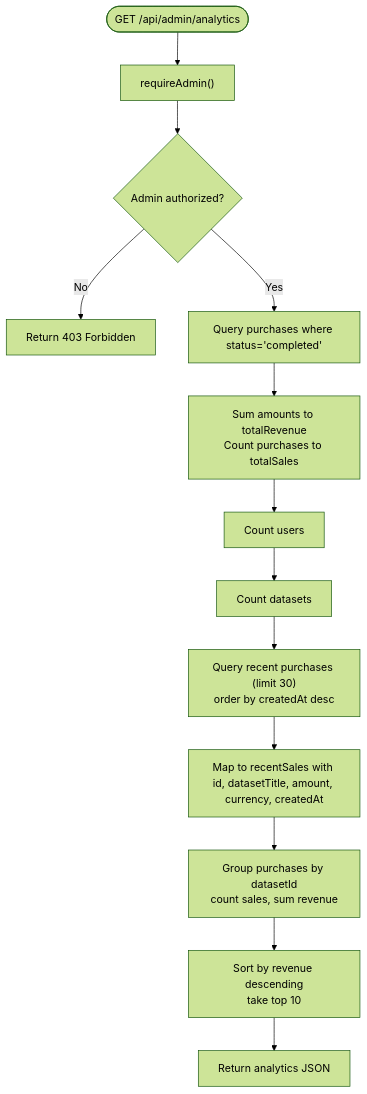
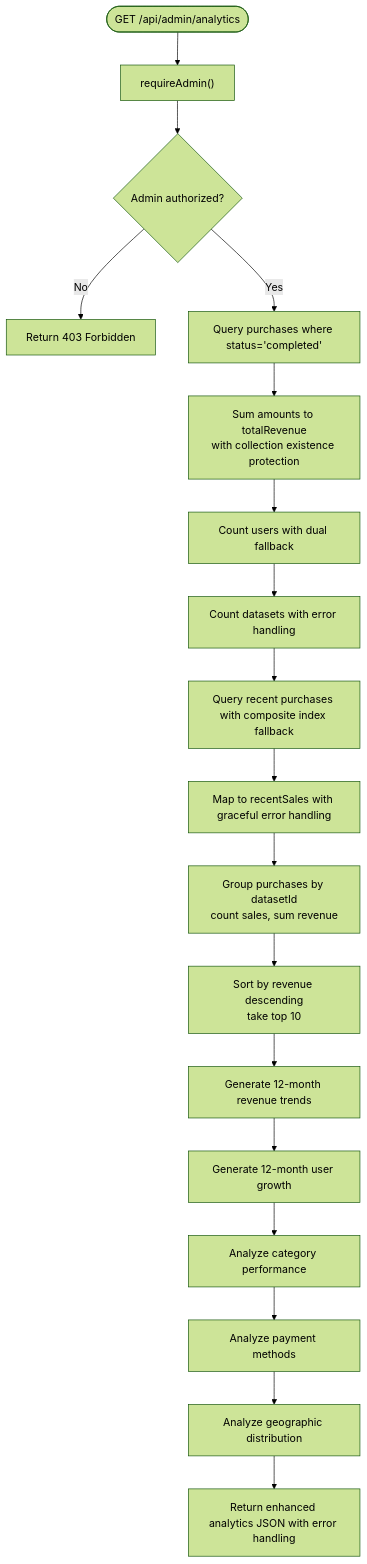
One commit to alikizang/datafrica changed the fourth of 6 diagrams in .qoder/repowiki/en/content/Admin Panel/Analytics and Reporting System.md. Above: the diagram before and after it, drawn with Mermaid (forest theme). The commit also changed other lines of this file and 21 other files, not shown here.

````diff
--- a/.qoder/repowiki/en/content/Admin Panel/Analytics and Reporting System.md
+++ b/.qoder/repowiki/en/content/Admin Panel/Analytics and Reporting System.md
@@ -134,15 +343,20 @@
 ```mermaid
 flowchart TD
 Start(["GET /api/admin/analytics"]) --> RequireAdmin["requireAdmin()"]
 RequireAdmin --> AdminOK{"Admin authorized?"}
 AdminOK --> |No| Return403["Return 403 Forbidden"]
 AdminOK --> |Yes| QueryPurchases["Query purchases where status='completed'"]
-QueryPurchases --> SumRevenue["Sum amounts to totalRevenue<br/>Count purchases to totalSales"]
-SumRevenue --> QueryUsers["Count users"]
-QueryUsers --> QueryDatasets["Count datasets"]
-QueryDatasets --> QueryRecent["Query recent purchases (limit 30)<br/>order by createdAt desc"]
-QueryRecent --> BuildRecent["Map to recentSales with id, datasetTitle, amount, currency, createdAt"]
+QueryPurchases --> SumRevenue["Sum amounts to totalRevenue<br/>with collection existence protection"]
+SumRevenue --> QueryUsers["Count users with dual fallback"]
+QueryUsers --> QueryDatasets["Count datasets with error handling"]
+QueryDatasets --> QueryRecent["Query recent purchases with composite index fallback"]
+QueryRecent --> BuildRecent["Map to recentSales with graceful error handling"]
 BuildRecent --> GroupByDataset["Group purchases by datasetId<br/>count sales, sum revenue"]
 GroupByDataset --> SortTop["Sort by revenue descending<br/>take top 10"]
-SortTop --> ReturnJSON["Return analytics JSON"]
+SortTop --> GenerateMonthlyRevenue["Generate 12-month revenue trends"]
+GenerateMonthlyRevenue --> GenerateMonthlyUsers["Generate 12-month user growth"]
+GenerateMonthlyUsers --> CategoryAnalysis["Analyze category performance"]
+CategoryAnalysis --> PaymentAnalysis["Analyze payment methods"]
+PaymentAnalysis --> CountryAnalysis["Analyze geographic distribution"]
+CountryAnalysis --> ReturnJSON["Return enhanced analytics JSON with error handling"]
 ```
````
